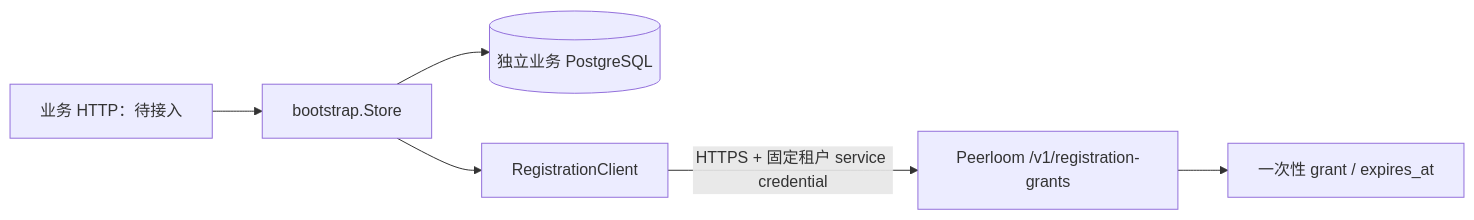
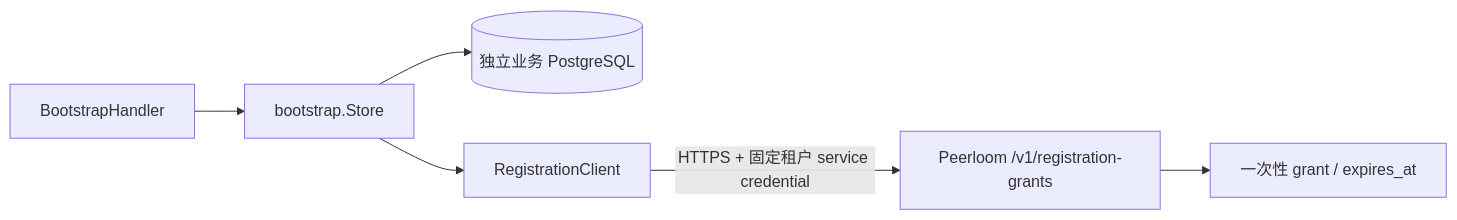
The diagram in docs/安装注册模块.md (barry-ran/quick-mirror-service), drawn with Mermaid before and after one commit. The commit also changed other lines of this file and 5 other files, not shown here.

````diff
--- a/docs/安装注册模块.md
+++ b/docs/安装注册模块.md
@@ -7,8 +7,8 @@
 ```mermaid
 flowchart LR
-  B[业务 HTTP：待接入] --> S[bootstrap.Store]
+  B[BootstrapHandler] --> S[bootstrap.Store]
   S --> D[(独立业务 PostgreSQL)]
   S --> A[RegistrationClient]
   A -->|HTTPS + 固定租户 service credential| P[Peerloom /v1/registration-grants]
   P --> G[一次性 grant / expires_at]
 ```
````
